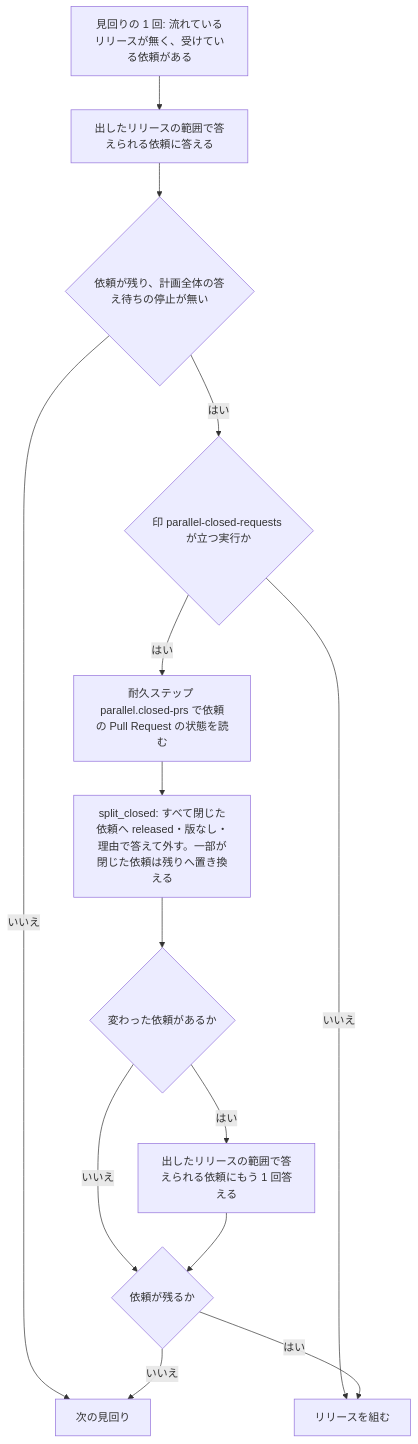
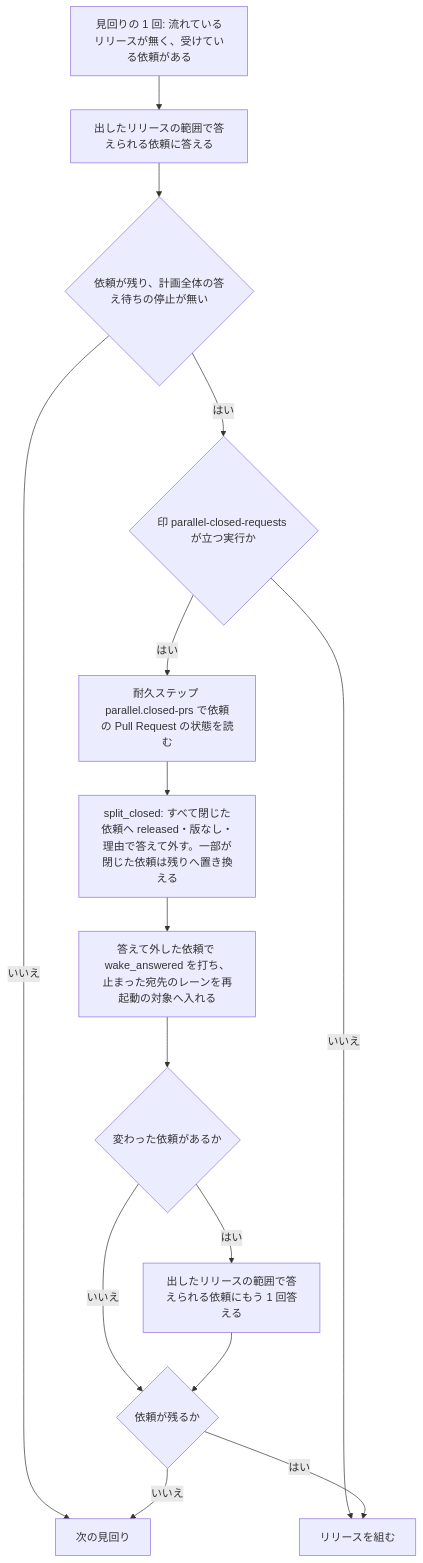
The third of 3 diagrams in issues/issue-3083-design.md (devbasex/ai-plugins), drawn with Mermaid before and after one commit. The commit also changed other lines of this file, not shown here.

````diff
--- a/issues/issue-3083-design.md
+++ b/issues/issue-3083-design.md
@@ -169,16 +169,17 @@
 ```mermaid
 graph TD
     A[見回りの 1 回: 流れているリリースが無く、受けている依頼がある] --> B[出したリリースの範囲で答えられる依頼に答える]
     B --> C{依頼が残り、計画全体の答え待ちの停止が無い}
     C -- いいえ --> Z[次の見回り]
     C -- はい --> D{印 parallel-closed-requests が立つ実行か}
     D -- いいえ --> G[リリースを組む]
     D -- はい --> E[耐久ステップ parallel.closed-prs で依頼の Pull Request の状態を読む]
     E --> F[split_closed: すべて閉じた依頼へ released・版なし・理由で答えて外す。一部が閉じた依頼は残りへ置き換える]
-    F --> H{変わった依頼があるか}
+    F --> W[答えて外した依頼で wake_answered を打ち、止まった宛先のレーンを再起動の対象へ入れる]
+    W --> H{変わった依頼があるか}
     H -- はい --> B2[出したリリースの範囲で答えられる依頼にもう 1 回答える]
     H -- いいえ --> I
     B2 --> I{依頼が残るか}
     I -- はい --> G
     I -- いいえ --> Z
 ```
````
